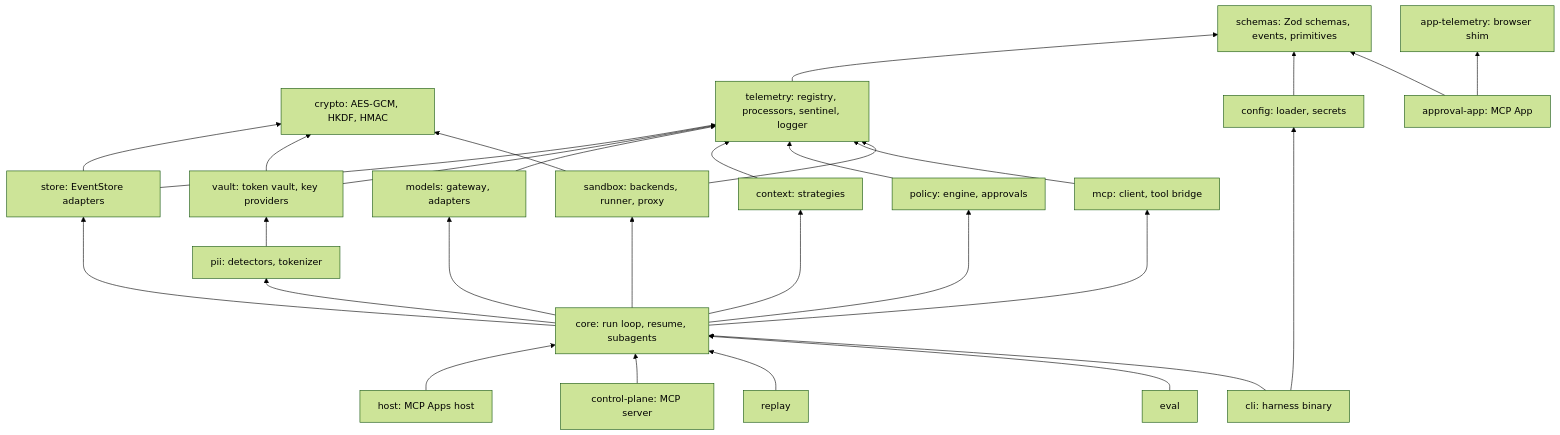
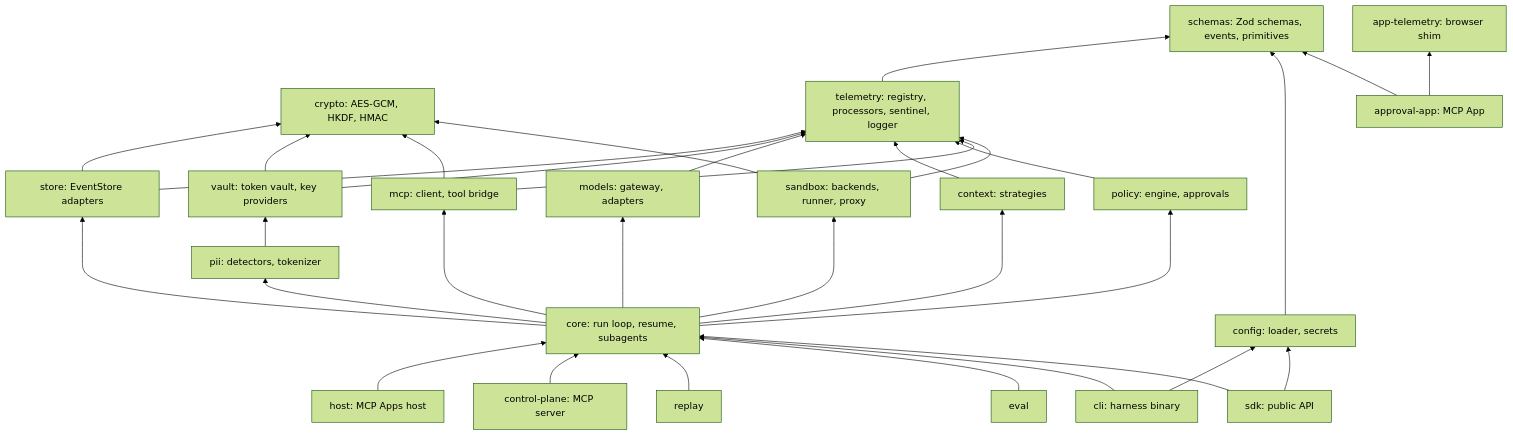
The second of 18 diagrams in README.md (Rovinos-AI/rovinos-ai-harness), drawn with Mermaid (forest theme) before and after one commit. The commit also changed other lines of this file and 40 other files, not shown here.

````diff
--- a/README.md
+++ b/README.md
@@ -120,52 +135,56 @@
 ```mermaid
 flowchart BT
   schemas["schemas: Zod schemas, events, primitives"]
   crypto["crypto: AES-GCM, HKDF, HMAC"]
   apptel["app-telemetry: browser shim"]
   telemetry["telemetry: registry, processors, sentinel, logger"]
   config["config: loader, secrets"]
   store["store: EventStore adapters"]
   vault["vault: token vault, key providers"]
   pii["pii: detectors, tokenizer"]
   models["models: gateway, adapters"]
   context["context: strategies"]
   policy["policy: engine, approvals"]
   mcp["mcp: client, tool bridge"]
   sandbox["sandbox: backends, runner, proxy"]
   approval["approval-app: MCP App"]
   core["core: run loop, resume, subagents"]
   host["host: MCP Apps host"]
   cp["control-plane: MCP server"]
   replay["replay"]
   evalp["eval"]
   cli["cli: harness binary"]
+  sdk["sdk: public API"]
 
   telemetry --> schemas
   config --> schemas
   store --> telemetry
   store --> crypto
   vault --> telemetry
   vault --> crypto
   pii --> vault
   models --> telemetry
   context --> telemetry
   policy --> telemetry
   mcp --> telemetry
+  mcp --> crypto
   sandbox --> telemetry
   sandbox --> crypto
   approval --> apptel
   approval --> schemas
   core --> store
   core --> pii
   core --> models
   core --> context
   core --> policy
   core --> mcp
   core --> sandbox
   host --> core
   cp --> core
   replay --> core
   evalp --> core
   cli --> core
   cli --> config
+  sdk --> core
+  sdk --> config
 ```
````
